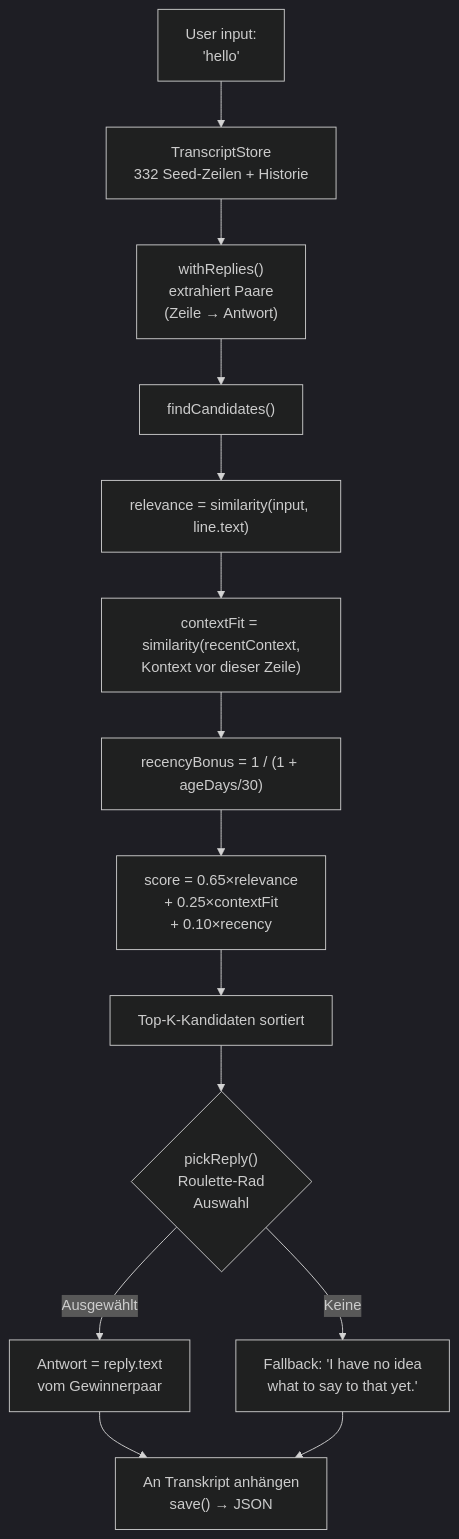
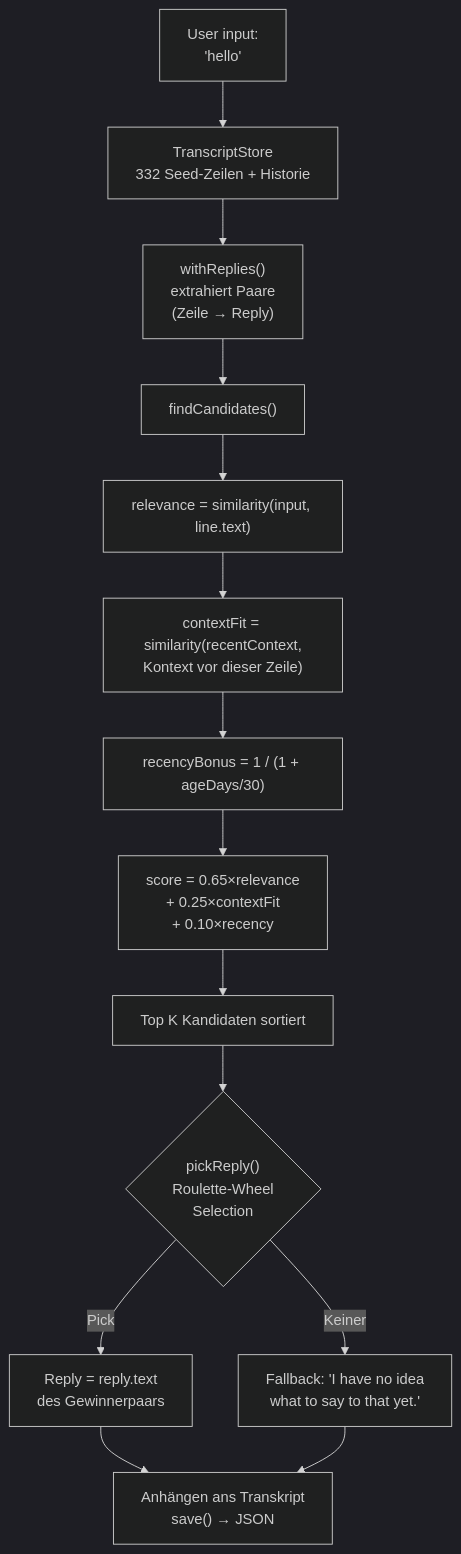
One commit to fox3000foxy/fox3000foxy.github.io changed the second of 2 diagrams in public/articles/de/from-eliza-to-llm-chatbots-typescript.md. Above: the diagram before and after it, drawn with Mermaid (dark theme). The commit also changed other lines of this file and 576 other files, not shown here.

````diff
--- a/public/articles/de/from-eliza-to-llm-chatbots-typescript.md
+++ b/public/articles/de/from-eliza-to-llm-chatbots-typescript.md
@@ -308,16 +307,16 @@
 ```mermaid
 flowchart TD
     A["User input:<br>'hello'"] --> B["TranscriptStore<br>332 Seed-Zeilen + Historie"]
-    B --> C["withReplies()<br>extrahiert Paare<br>(Zeile → Antwort)"]
+    B --> C["withReplies()<br>extrahiert Paare<br>(Zeile → Reply)"]
     C --> D["findCandidates()"]
     D --> E["relevance = similarity(input, line.text)"]
     E --> F["contextFit = similarity(recentContext,<br>Kontext vor dieser Zeile)"]
     F --> G["recencyBonus = 1 / (1 + ageDays/30)"]
     G --> H["score = 0.65×relevance<br>+ 0.25×contextFit<br>+ 0.10×recency"]
-    H --> I["Top-K-Kandidaten sortiert"]
-    I --> J{"pickReply()<br>Roulette-Rad<br>Auswahl"}
-    J -->|"Ausgewählt"| K["Antwort = reply.text<br>vom Gewinnerpaar"]
-    J -->|"Keine"| L["Fallback: 'I have no idea<br>what to say to that yet.'"]
-    K --> M["An Transkript anhängen<br>save() → JSON"]
+    H --> I["Top K Kandidaten sortiert"]
+    I --> J{"pickReply()<br>Roulette-Wheel<br>Selection"}
+    J -->|"Pick"| K["Reply = reply.text<br>des Gewinnerpaars"]
+    J -->|"Keiner"| L["Fallback: 'I have no idea<br>what to say to that yet.'"]
+    K --> M["Anhängen ans Transkript<br>save() → JSON"]
     L --> M
 ```
````
